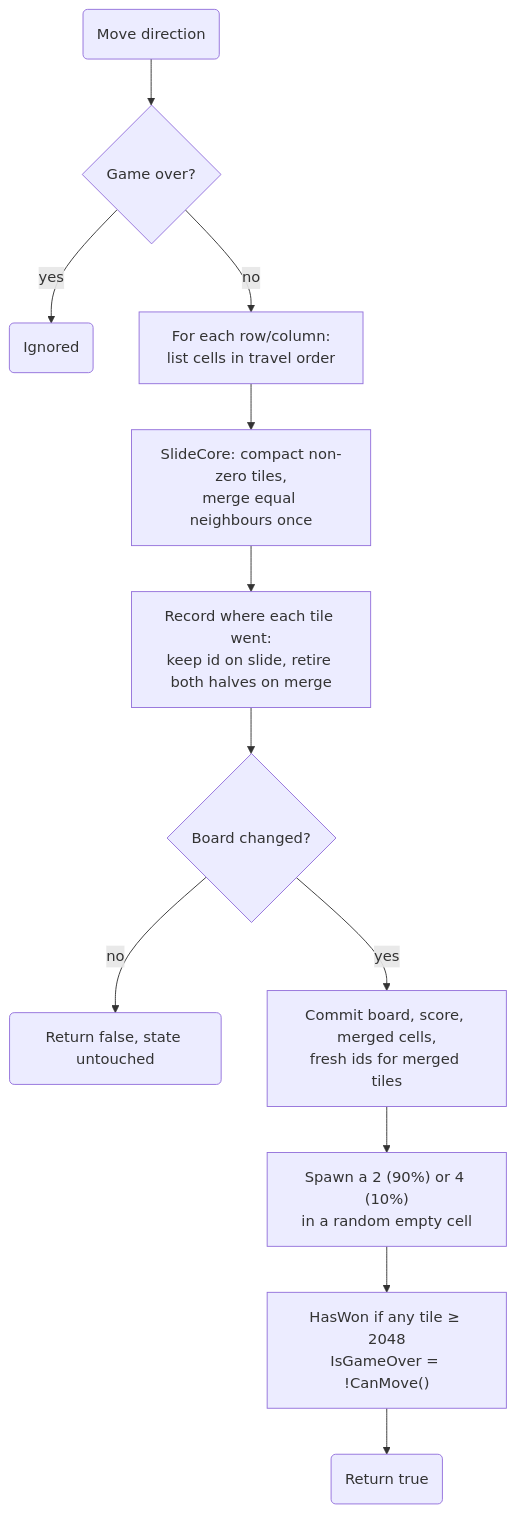
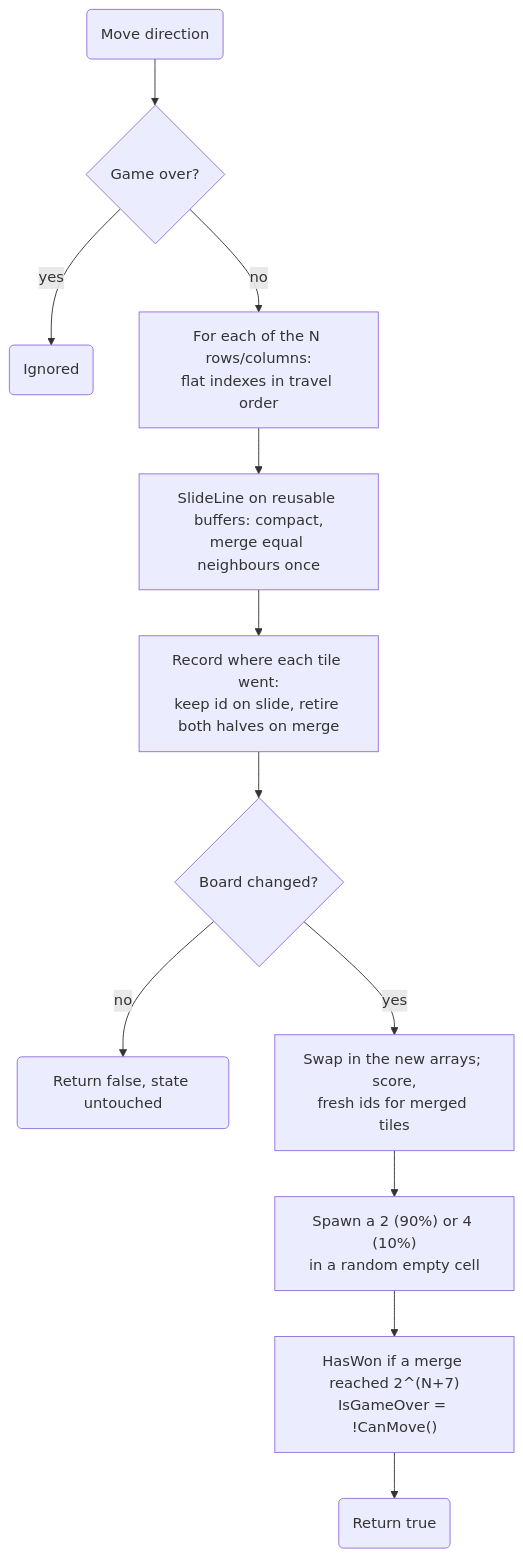
Before and after one commit to gkizior/blazor-2048: the first of 2 diagrams in docs/game-engine.md, drawn with Mermaid. The commit also changed other lines of this file and 26 other files, not shown here.

````diff
--- a/docs/game-engine.md
+++ b/docs/game-engine.md
@@ -25,15 +73,15 @@
 ```mermaid
 flowchart TD
     accTitle: Move and merge flow
     Start(Move direction) --> Over{Game over?}
     Over -- yes --> Ignore(Ignored)
-    Over -- no --> Lines[For each row/column:<br/>list cells in travel order]
-    Lines --> Slide[SlideCore: compact non-zero tiles,<br/>merge equal neighbours once]
+    Over -- no --> Lines[For each of the N rows/columns:<br/>flat indexes in travel order]
+    Lines --> Slide[SlideLine on reusable buffers: compact,<br/>merge equal neighbours once]
     Slide --> Track[Record where each tile went:<br/>keep id on slide, retire both halves on merge]
     Track --> Changed{Board changed?}
     Changed -- no --> NoOp("Return false, state untouched")
-    Changed -- yes --> Commit[Commit board, score, merged cells,<br/>fresh ids for merged tiles]
+    Changed -- yes --> Commit[Swap in the new arrays; score,<br/>fresh ids for merged tiles]
     Commit --> Spawn["Spawn a 2 (90%) or 4 (10%)<br/>in a random empty cell"]
-    Spawn --> Check["HasWon if any tile ≥ 2048<br/>IsGameOver = !CanMove()"]
+    Spawn --> Check["HasWon if a merge reached 2^(N+7)<br/>IsGameOver = !CanMove()"]
     Check --> Done(Return true)
 ```
````
